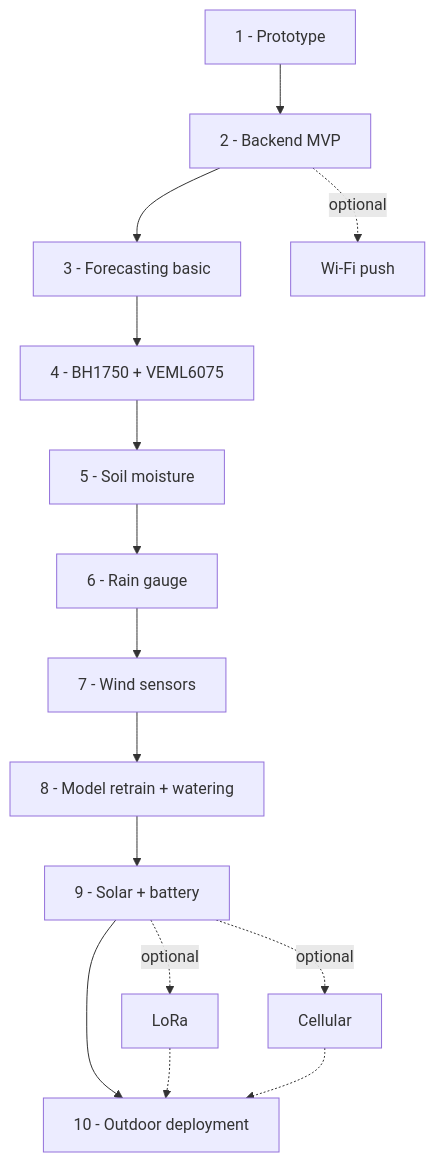
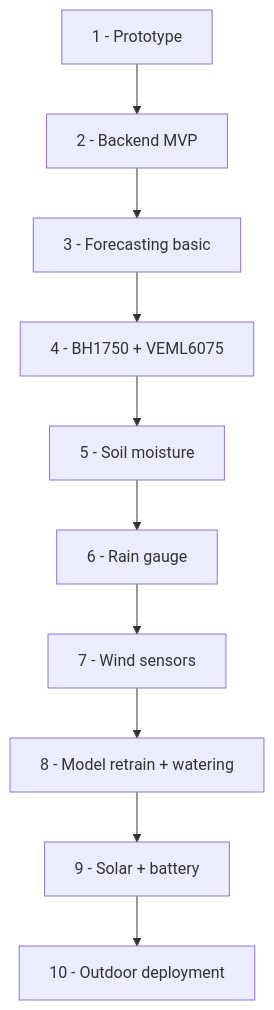
One commit to wg1d/personal-autonomous-weather-station changed the diagram in README.md. Above: the diagram before and after it, drawn with Mermaid. The commit also changed other lines of this file and 6 other files, not shown here.

Commit message:
docs: align roadmap, architecture, and merge firmware chapter

````diff
--- a/README.md
+++ b/README.md
@@ -33,17 +30,12 @@
 ```mermaid
 flowchart TD
     P1[1 - Prototype] --> P2[2 - Backend MVP]
     P2 --> P3[3 - Forecasting basic]
     P3 --> P4[4 - BH1750 + VEML6075]
     P4 --> P5[5 - Soil moisture]
     P5 --> P6[6 - Rain gauge]
     P6 --> P7[7 - Wind sensors]
     P7 --> P8[8 - Model retrain + watering]
     P8 --> P9[9 - Solar + battery]
     P9 --> P10[10 - Outdoor deployment]
-    P2 -. optional .-> OWifi[Wi-Fi push]
-    P9 -. optional .-> OLora[LoRa]
-    P9 -. optional .-> OCellular[Cellular]
-    OLora .-> P10
-    OCellular .-> P10
 ```
````
